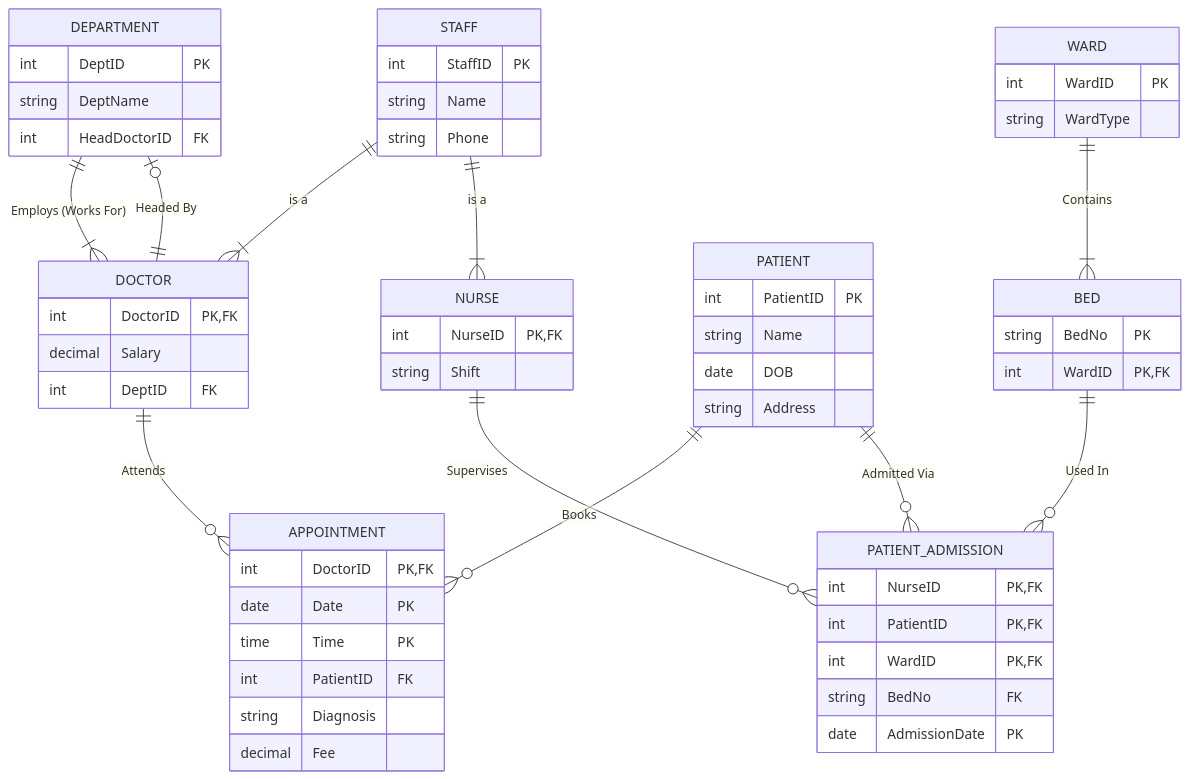
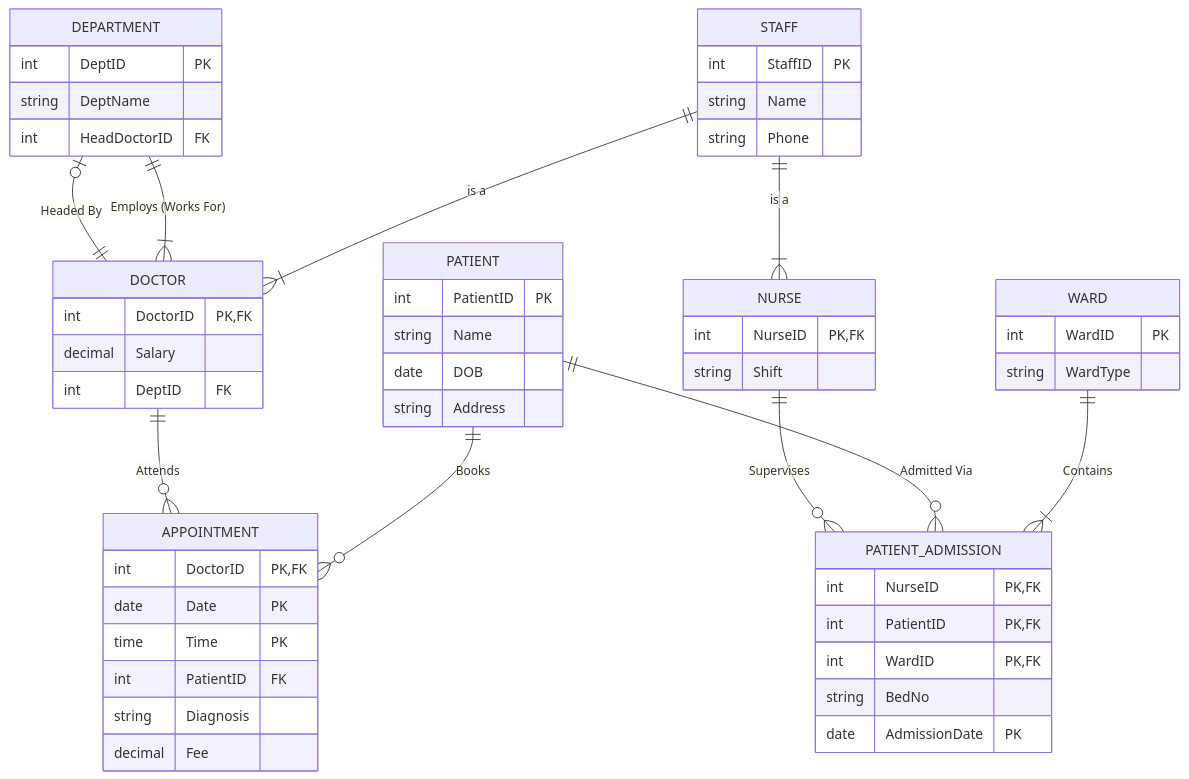
Before and after one commit to towfiq-rakin/rakinsarchive: the diagram in content/DBMS/Assignment.md, drawn with Mermaid. The commit also changed other lines of this file and 1 other file, not shown here.

Commit message:
Quartz sync: Dec 11, 2025, 9:35 PM

```diff
--- a/content/DBMS/Assignment.md
+++ b/content/DBMS/Assignment.md
@@ -97,9 +97,7 @@
 
   
 
-WARD ||--|{ BED : "Contains"
-
-BED ||--o{ PATIENT_ADMISSION : "Used In"
+WARD ||--|{ PATIENT_ADMISSION : "Contains"
 
 PATIENT ||--o{ PATIENT_ADMISSION : "Admitted Via"
 
@@ -113,14 +111,6 @@
 
 }
 
-BED {
-
-string BedNo PK
-
-int WardID PK,FK
-
-}
-
 PATIENT_ADMISSION {
 
 int NurseID PK,FK
@@ -129,7 +119,7 @@
 
 int WardID PK,FK
 
-string BedNo FK
+string BedNo
 
 date AdmissionDate PK
 
```
